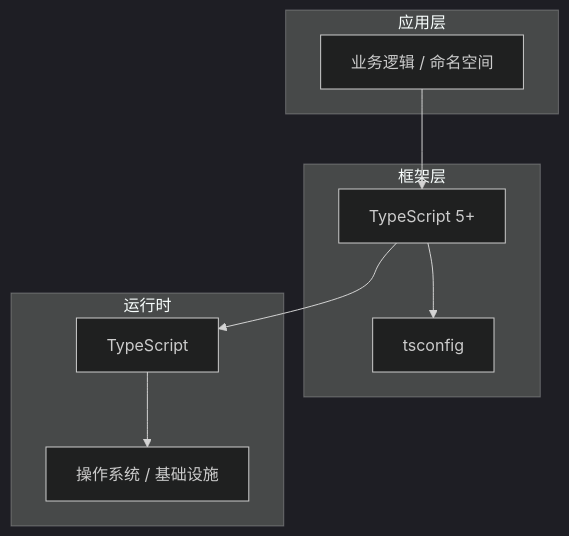
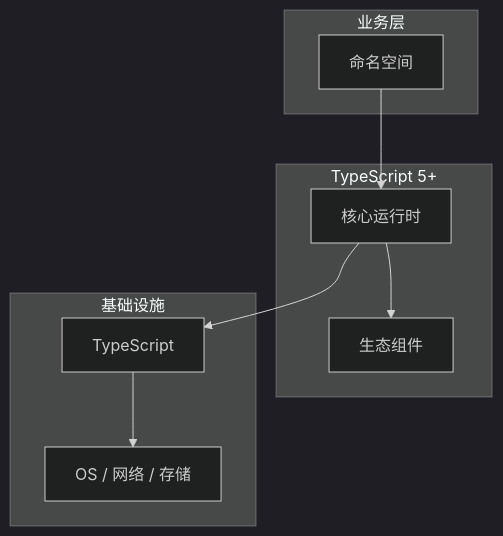
The diagram in articles/TypeScript/chapters/064-命名空间核心概念与原理.md (yanggan2015/knowledge-json-v2), drawn with Mermaid (dark theme) before and after one commit. The commit also changed other lines of this file and 10127 other files, not shown here.

````diff
--- a/articles/TypeScript/chapters/064-命名空间核心概念与原理.md
+++ b/articles/TypeScript/chapters/064-命名空间核心概念与原理.md
@@ -45,18 +34,18 @@
 ```mermaid
 graph TB
-    subgraph 应用层
-        A[业务逻辑 / 命名空间]
+    subgraph 业务层
+        A[命名空间]
     end
-    subgraph 框架层
-        B[TypeScript 5+]
-        C[tsconfig]
+    subgraph TypeScript 5+
+        B[核心运行时]
+        C[生态组件]
     end
-    subgraph 运行时
+    subgraph 基础设施
         D[TypeScript]
-        E[操作系统 / 基础设施]
+        E[OS / 网络 / 存储]
     end
     A --> B
     B --> C
     B --> D
     D --> E
 ```
````
